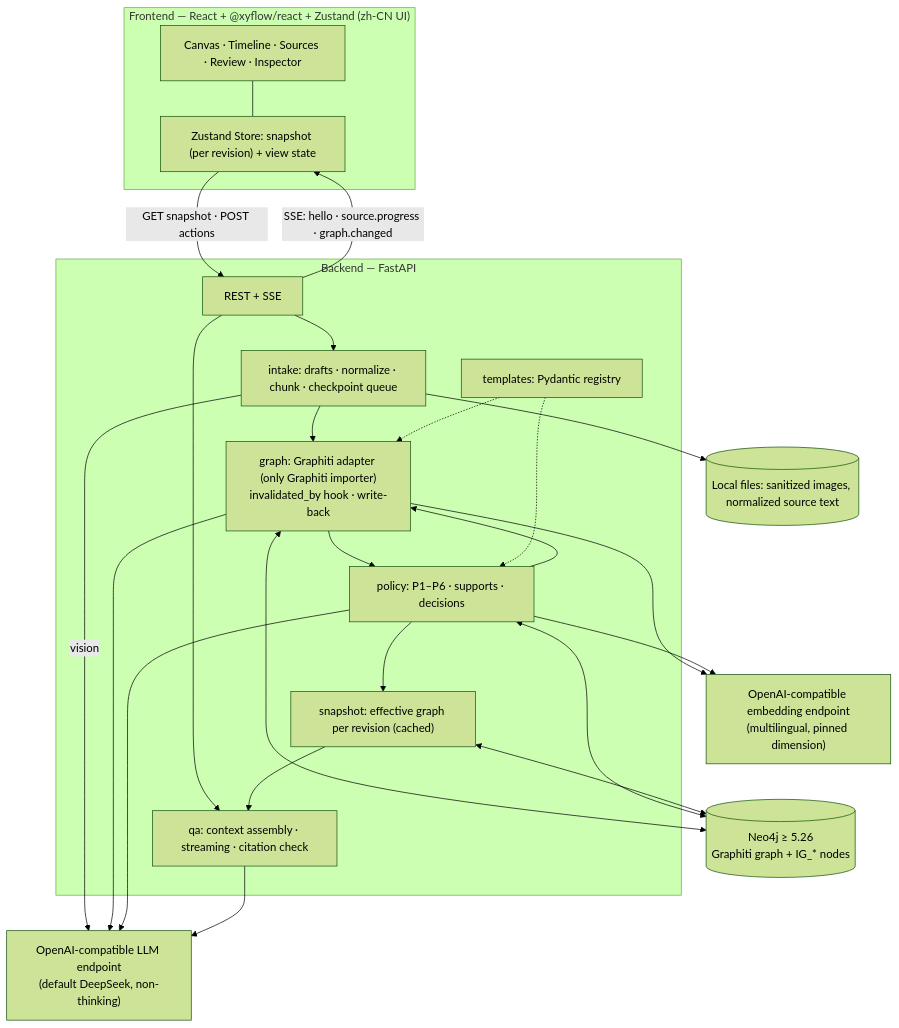
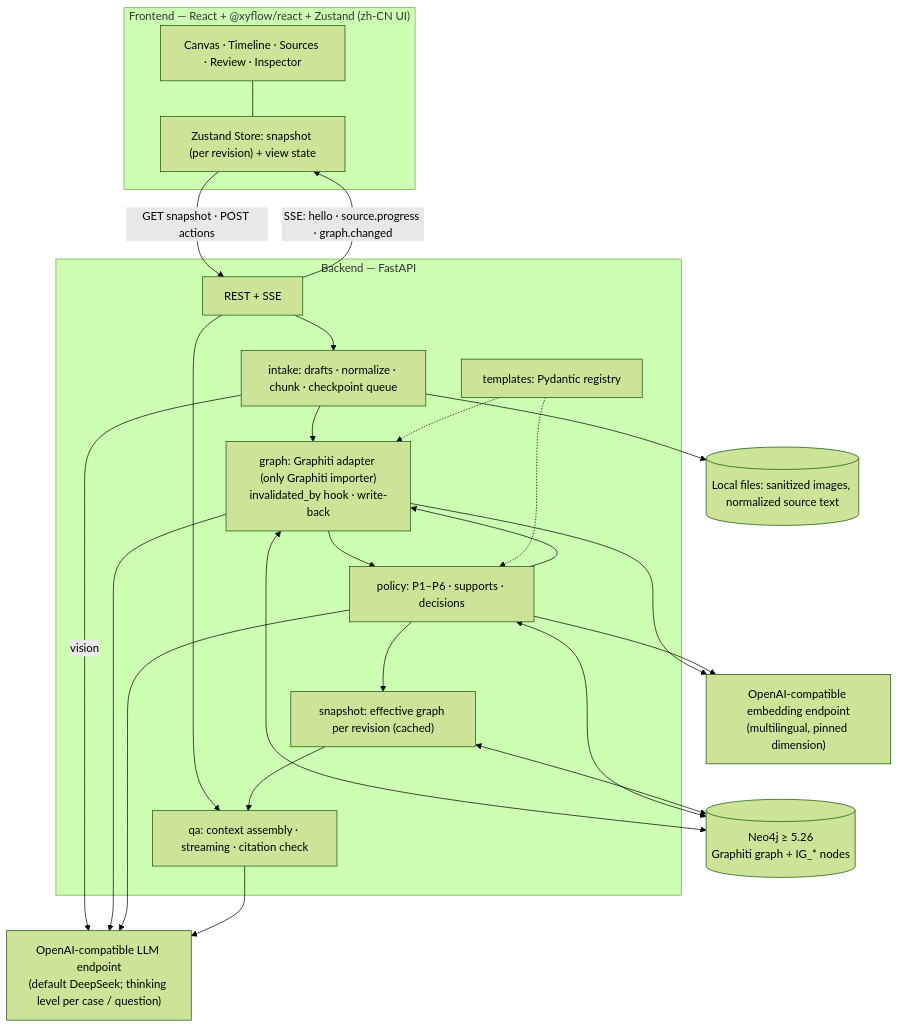
The diagram in docs/requirements/07-architecture.md (HWUDHOEF123/InvestigationWorkBench), drawn with Mermaid (forest theme) before and after one commit. The commit also changed other lines of this file and 12 other files, not shown here.

First line of the commit message:
docs: selectable thinking level and verified provider setup (v1.5.0)

````diff
--- a/docs/requirements/07-architecture.md
+++ b/docs/requirements/07-architecture.md
@@ -5,45 +5,45 @@
 ```mermaid
 graph TD
     subgraph FE["Frontend — React + @xyflow/react + Zustand (zh-CN UI)"]
         UI["Canvas · Timeline · Sources · Review · Inspector"]
         Store["Zustand Store: snapshot (per revision) + view state"]
         UI --- Store
     end
 
     subgraph BE["Backend — FastAPI"]
         API["REST + SSE"]
         Intake["intake: drafts · normalize · chunk · checkpoint queue"]
         Graph["graph: Graphiti adapter (only Graphiti importer)<br/>invalidated_by hook · write-back"]
         Policy["policy: P1–P6 · supports · decisions"]
         Snap["snapshot: effective graph per revision (cached)"]
         QA["qa: context assembly · streaming · citation check"]
         Tpl["templates: Pydantic registry"]
     end
 
-    LLM["OpenAI-compatible LLM endpoint<br/>(default DeepSeek, non-thinking)"]
+    LLM["OpenAI-compatible LLM endpoint<br/>(default DeepSeek; thinking level per case / question)"]
     EMB["OpenAI-compatible embedding endpoint<br/>(multilingual, pinned dimension)"]
     Neo4j[("Neo4j ≥ 5.26<br/>Graphiti graph + IG_* nodes")]
     Files[("Local files: sanitized images, normalized source text")]
 
     Store -->|"GET snapshot · POST actions"| API
     API -->|"SSE: hello · source.progress · graph.changed"| Store
     API --> Intake
     API --> QA
     Intake --> Files
     Intake -->|"vision"| LLM
     Intake --> Graph
     Graph --> Policy
     Policy --> Graph
     Policy --> Snap
     Snap --> QA
     Graph <--> Neo4j
     Policy <--> Neo4j
     Snap <--> Neo4j
     Graph --> LLM
     Graph --> EMB
     Policy --> LLM
     Policy --> EMB
     QA --> LLM
     Tpl -.-> Graph
     Tpl -.-> Policy
 ```
````
